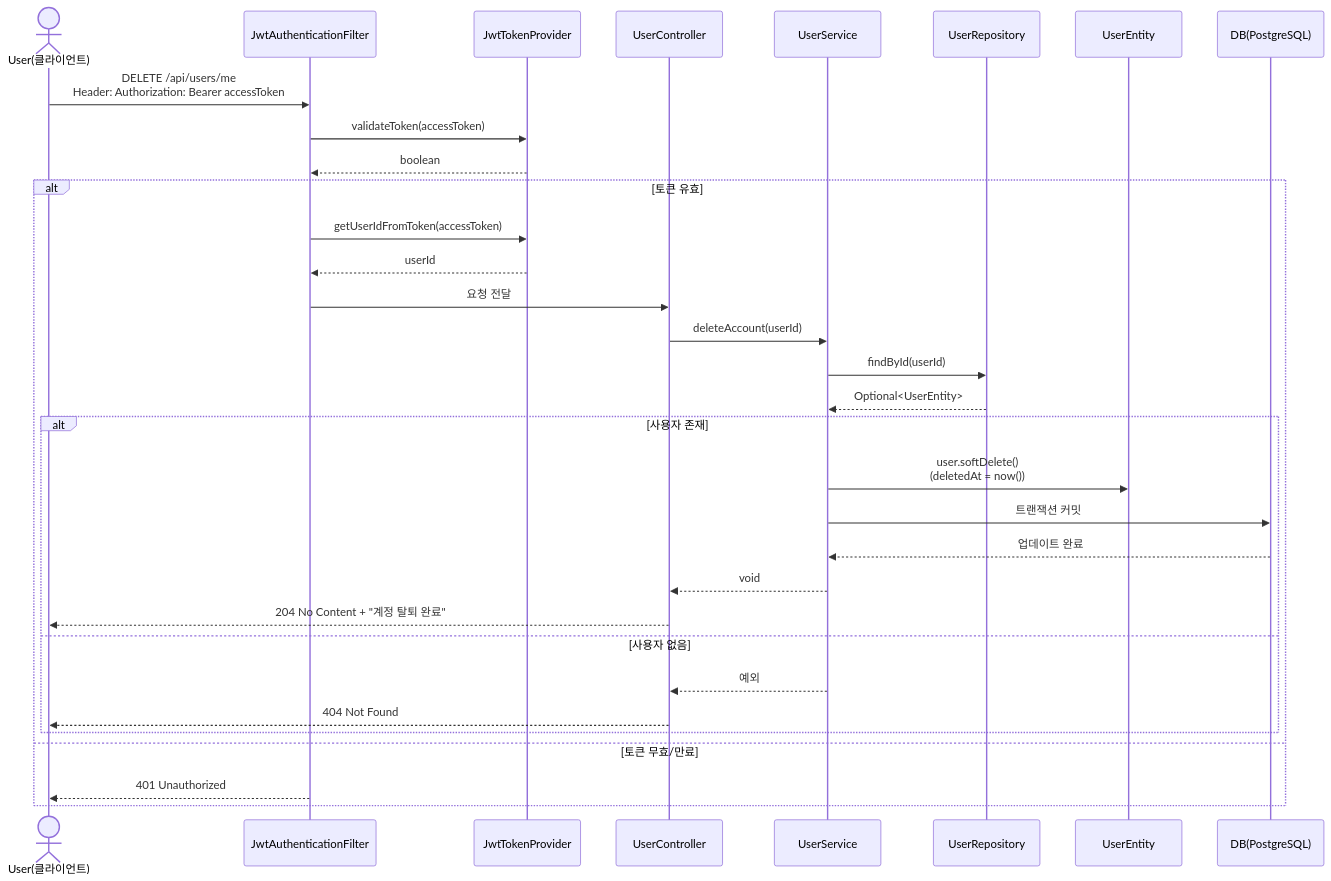
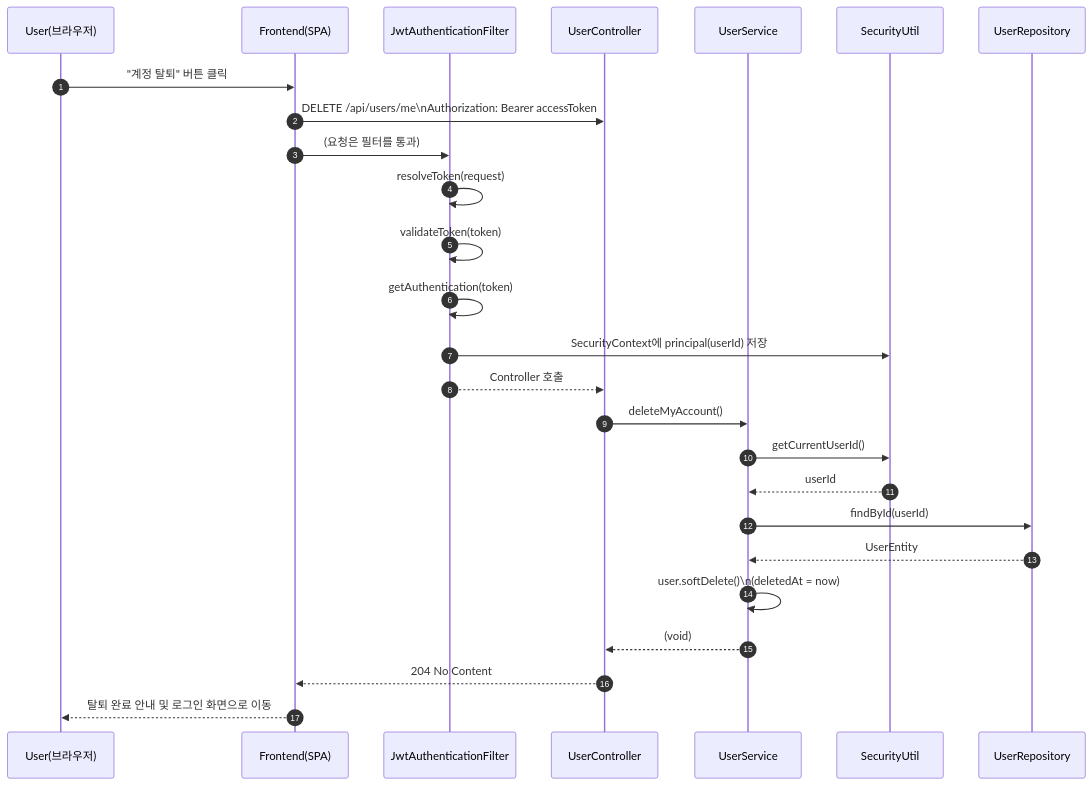
Before and after one commit to OHWCH/se_dev: the sixth of 44 diagrams in SDS_[깃라잡이].md, drawn with Mermaid. The commit also changed other lines of this file, not shown here.

````diff
--- a/SDS_[깃라잡이].md
+++ b/SDS_[깃라잡이].md
@@ -4813,39 +4765,35 @@
 ```mermaid
 sequenceDiagram
-    actor U as User(클라이언트)
-    participant F as JwtAuthenticationFilter
-    participant JP as JwtTokenProvider
+    autonumber
+    participant U as User(브라우저)
+    participant FE as Frontend(SPA)
+    participant JF as JwtAuthenticationFilter
     participant UC as UserController
     participant US as UserService
+    participant SU as SecurityUtil
     participant UR as UserRepository
-    participant UE as UserEntity
-    participant DB as DB(PostgreSQL)
 
-    U->>F: DELETE /api/users/me<br/>Header: Authorization: Bearer accessToken
-    F->>JP: validateToken(accessToken)
-    JP-->>F: boolean
+    U->>FE: "계정 탈퇴" 버튼 클릭
+    FE->>UC: DELETE /api/users/me\nAuthorization: Bearer accessToken
 
-    alt 토큰 유효
-        F->>JP: getUserIdFromToken(accessToken)
-        JP-->>F: userId
-        F->>UC: 요청 전달
+    %% JWT 필터 인증
+    FE->>JF: (요청은 필터를 통과)
+    JF->>JF: resolveToken(request)
+    JF->>JF: validateToken(token)
+    JF->>JF: getAuthentication(token)
+    JF->>SU: SecurityContext에 principal(userId) 저장
+    JF-->>UC: Controller 호출
 
-        UC->>US: deleteAccount(userId)
-        US->>UR: findById(userId)
-        UR-->>US: Optional<UserEntity>
+    UC->>US: deleteMyAccount()
+    US->>SU: getCurrentUserId()
+    SU-->>US: userId
 
-        alt 사용자 존재
-            US->>UE: user.softDelete()<br/>(deletedAt = now())
-            US->>DB: 트랜잭션 커밋
-            DB-->>US: 업데이트 완료
-            US-->>UC: void
-            UC-->>U: 204 No Content + "계정 탈퇴 완료"
-        else 사용자 없음
-            US-->>UC: 예외
-            UC-->>U: 404 Not Found
-        end
-    else 토큰 무효/만료
-        F-->>U: 401 Unauthorized
-    end
+    US->>UR: findById(userId)
+    UR-->>US: UserEntity
+
+    US->>US: user.softDelete()\n(deletedAt = now)
+    US-->>UC: (void)
+    UC-->>FE: 204 No Content
+    FE-->>U: 탈퇴 완료 안내 및 로그인 화면으로 이동
 
 ```
````
